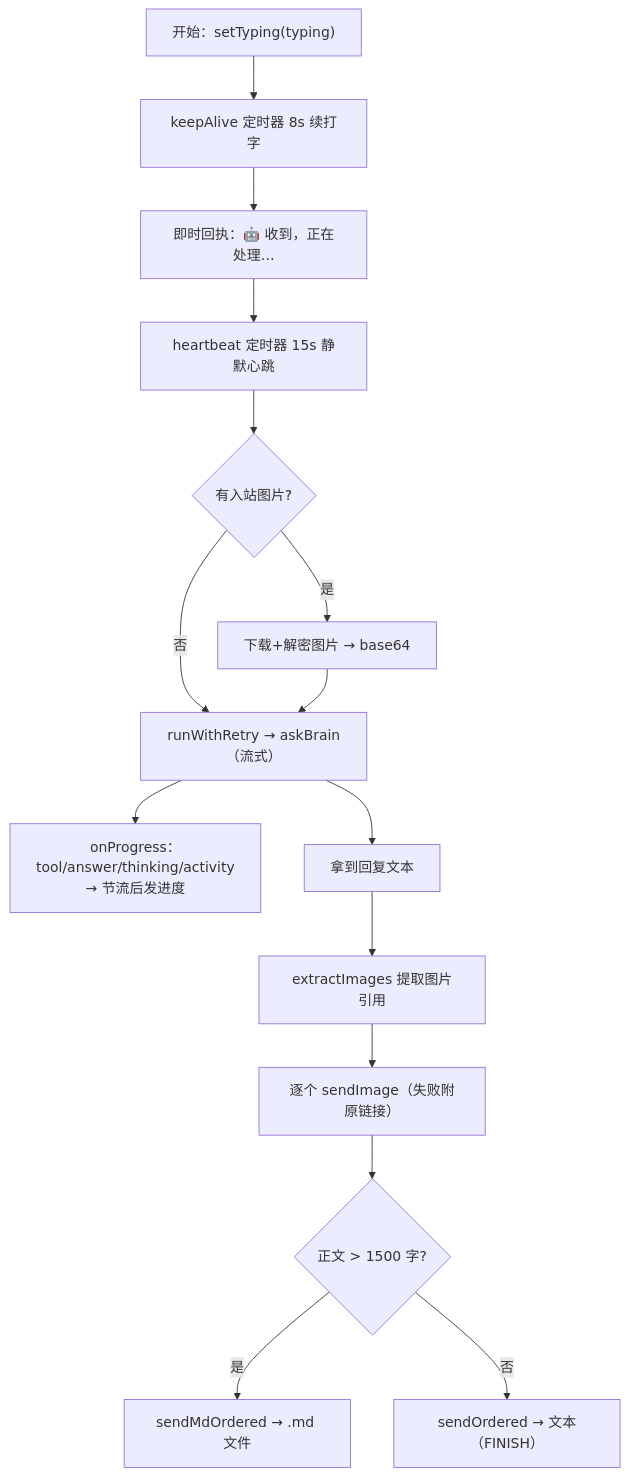
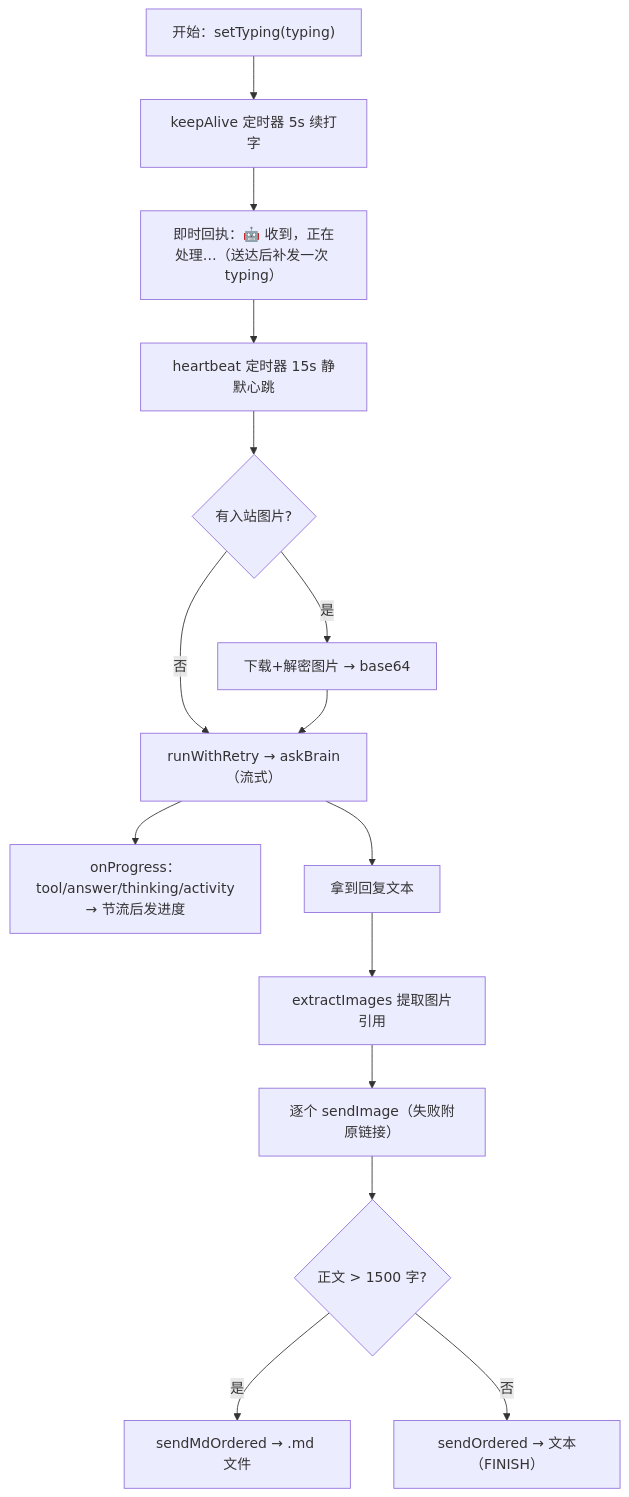
One commit to imwangpan/WeMind changed the third of 4 diagrams in docs/repowiki/05-守护进程-Daemon.md. Above: the diagram before and after it, drawn with Mermaid. The commit also changed other lines of this file and 4 other files, not shown here.

````diff
--- a/docs/repowiki/05-守护进程-Daemon.md
+++ b/docs/repowiki/05-守护进程-Daemon.md
@@ -109,17 +109,17 @@
 ```mermaid
 graph TD
-    S["开始：setTyping(typing)"] --> KA["keepAlive 定时器 8s 续打字"]
-    KA --> ACK["即时回执：🤖 收到，正在处理…"]
+    S["开始：setTyping(typing)"] --> KA["keepAlive 定时器 5s 续打字"]
+    KA --> ACK["即时回执：🤖 收到，正在处理…（送达后补发一次 typing）"]
     ACK --> HB["heartbeat 定时器 15s 静默心跳"]
     HB --> IMG{"有入站图片?"}
     IMG -->|是| DL["下载+解密图片 → base64"]
     IMG -->|否| RUN
     DL --> RUN["runWithRetry → askBrain（流式）"]
     RUN --> PROG["onProgress：tool/answer/thinking/activity<br/>→ 节流后发进度"]
     RUN --> ANS["拿到回复文本"]
     ANS --> EXIMG["extractImages 提取图片引用"]
     EXIMG --> SENDIMG["逐个 sendImage（失败附原链接）"]
     SENDIMG --> LONG{"正文 > 1500 字?"}
     LONG -->|是| MD["sendMdOrdered → .md 文件"]
     LONG -->|否| TXT["sendOrdered → 文本（FINISH）"]
 ```
````
